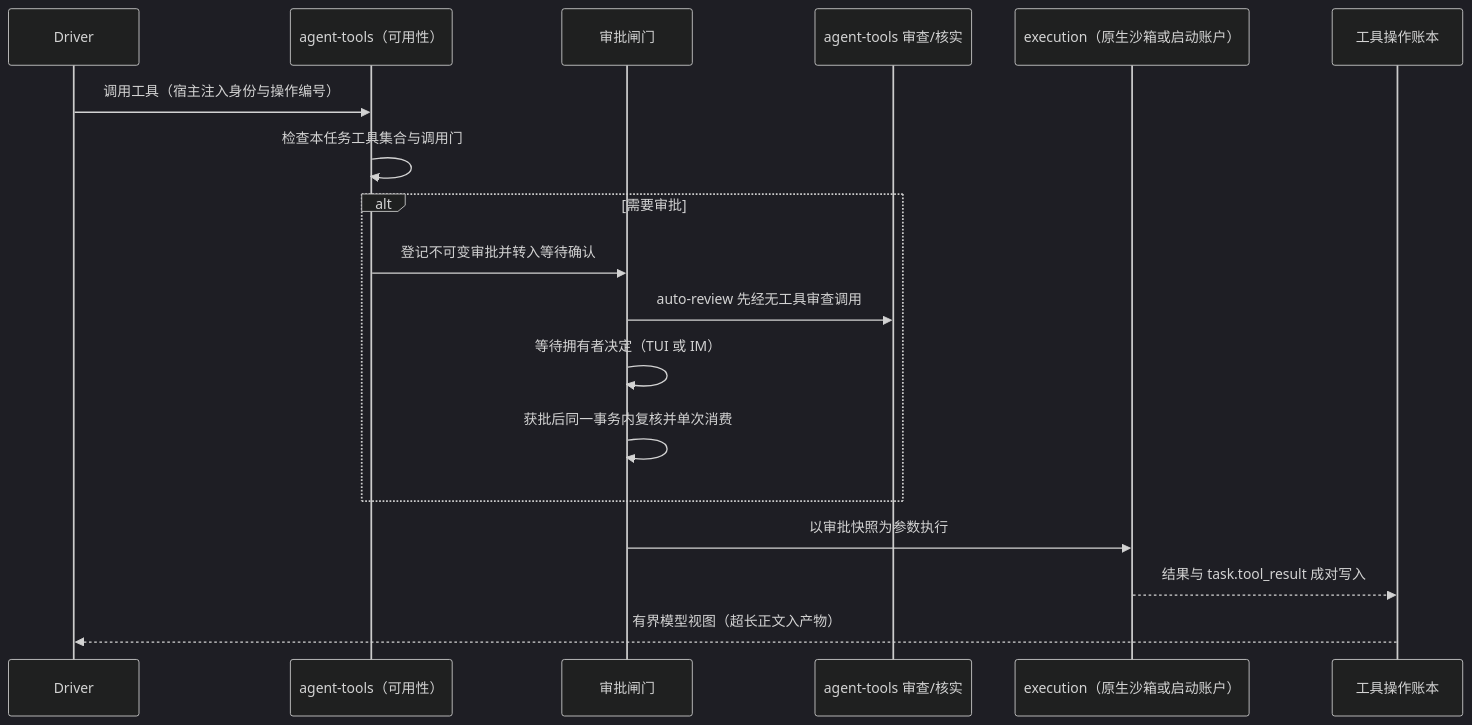
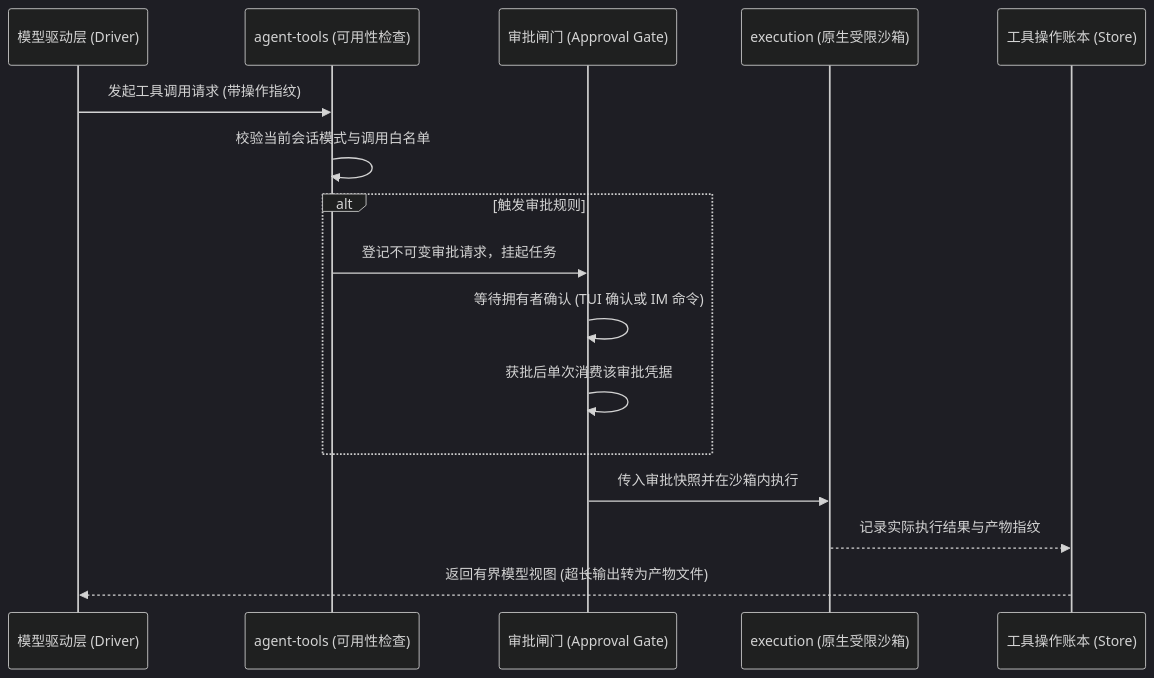
One commit to num-lab/Ruukoto changed the third of 4 diagrams in docs/architecture.md. Above: the diagram before and after it, drawn with Mermaid (dark theme). The commit also changed other lines of this file and 19 other files, not shown here.

````diff
--- a/docs/architecture.md
+++ b/docs/architecture.md
@@ -91,21 +94,19 @@
 ```mermaid
 sequenceDiagram
-  participant D as Driver
-  participant Av as agent-tools（可用性）
-  participant G as 审批闸门
-  participant R as agent-tools 审查/核实
-  participant W as execution（原生沙箱或启动账户）
-  participant L as 工具操作账本
+  participant Driver as 模型驱动层 (Driver)
+  participant Filter as agent-tools (可用性检查)
+  participant Gate as 审批闸门 (Approval Gate)
+  participant Sandbox as execution (原生受限沙箱)
+  participant Ledger as 工具操作账本 (Store)
 
-  D->>Av: 调用工具（宿主注入身份与操作编号）
-  Av->>Av: 检查本任务工具集合与调用门
-  alt 需要审批
-    Av->>G: 登记不可变审批并转入等待确认
-    G->>R: auto-review 先经无工具审查调用
-    G->>G: 等待拥有者决定（TUI 或 IM）
-    G->>G: 获批后同一事务内复核并单次消费
+  Driver->>Filter: 发起工具调用请求 (带操作指纹)
+  Filter->>Filter: 校验当前会话模式与调用白名单
+  alt 触发审批规则
+    Filter->>Gate: 登记不可变审批请求，挂起任务
+    Gate->>Gate: 等待拥有者确认 (TUI 确认或 IM 命令)
+    Gate->>Gate: 获批后单次消费该审批凭据
   end
-  G->>W: 以审批快照为参数执行
-  W-->>L: 结果与 task.tool_result 成对写入
-  L-->>D: 有界模型视图（超长正文入产物）
+  Gate->>Sandbox: 传入审批快照并在沙箱内执行
+  Sandbox-->>Ledger: 记录实际执行结果与产物指纹
+  Ledger-->>Driver: 返回有界模型视图 (超长输出转为产物文件)
 ```
````
